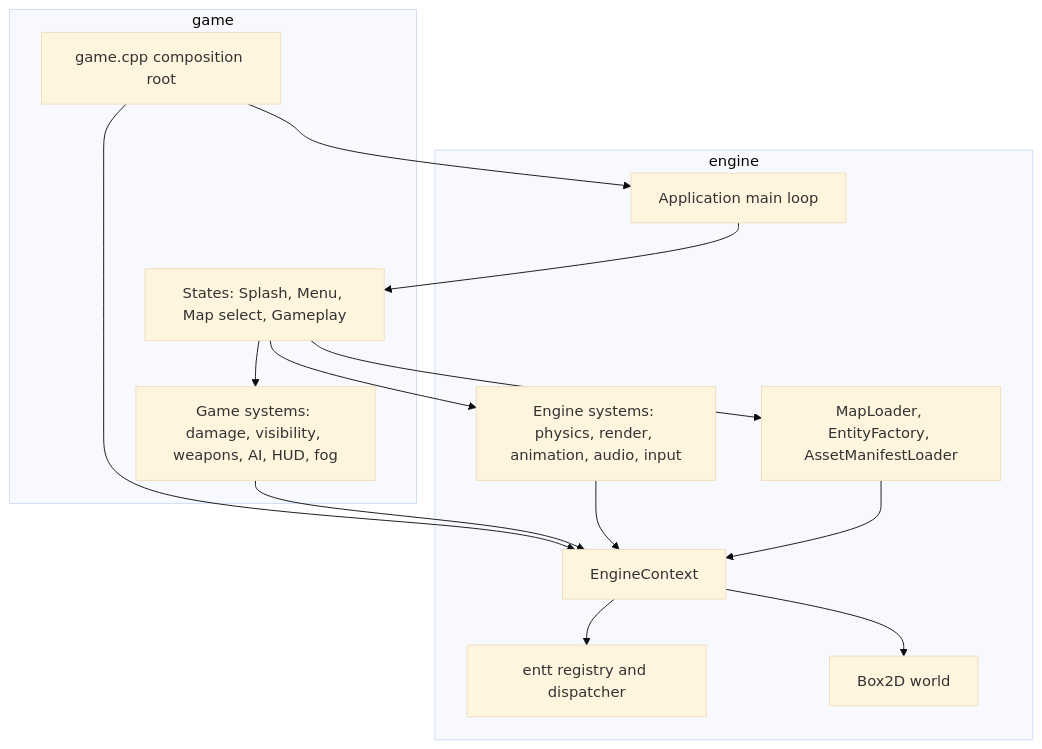
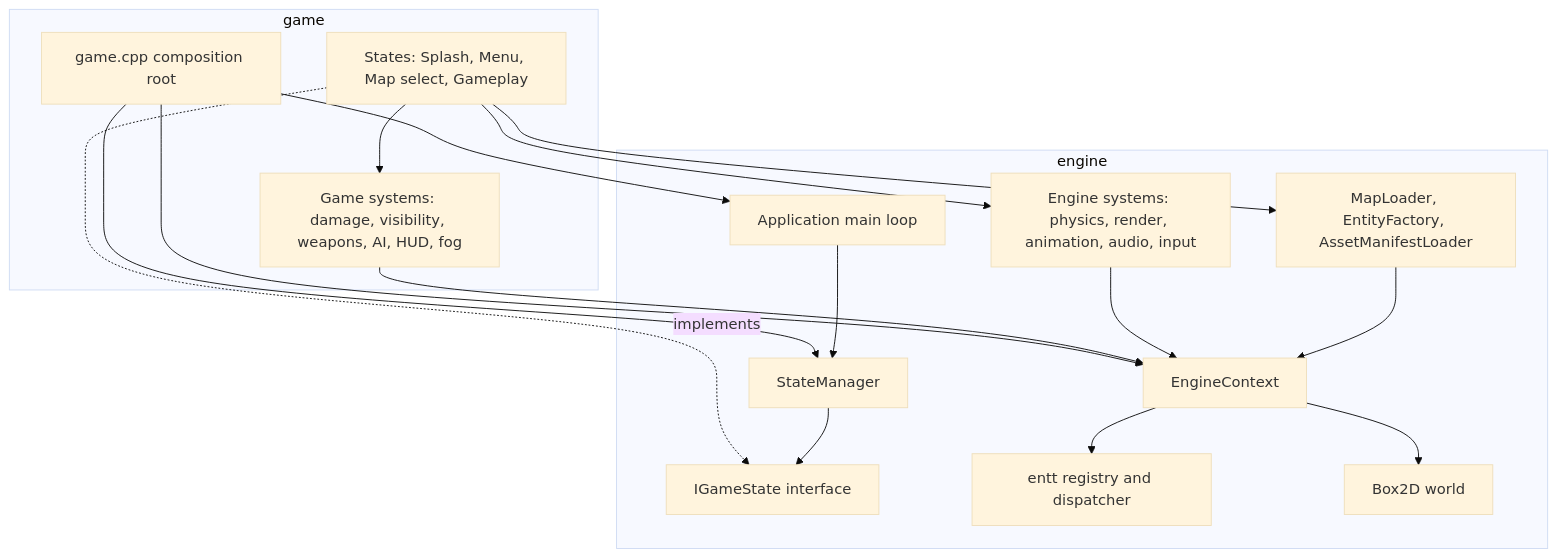
The second of 2 diagrams in docs/ARCHITECTURE.md (R-Scibor/Bajabongo-Engine), drawn with Mermaid (base theme) before and after one commit. The commit also changed other lines of this file, not shown here.

Commit message:
docs(architecture): align dependency graph with README (game depends on engine)

````diff
--- a/docs/ARCHITECTURE.md
+++ b/docs/ARCHITECTURE.md
@@ -52,27 +52,32 @@
 ```mermaid
 flowchart TB
     subgraph gameLayer [game]
         root["game.cpp composition root"]
         states["States: Splash, Menu, Map select, Gameplay"]
         gameSys["Game systems: damage, visibility, weapons, AI, HUD, fog"]
     end
     subgraph engineLayer [engine]
         app["Application main loop"]
+        sm["StateManager"]
+        istate["IGameState interface"]
         ctx["EngineContext"]
         engSys["Engine systems: physics, render, animation, audio, input"]
         ecs["entt registry and dispatcher"]
         world["Box2D world"]
         assets["MapLoader, EntityFactory, AssetManifestLoader"]
     end
+    root --> app
+    root --> sm
     root --> ctx
-    root --> app
-    app --> states
+    states -. implements .-> istate
     states --> gameSys
     states --> engSys
     states --> assets
     gameSys --> ctx
+    app --> sm
+    sm --> istate
     engSys --> ctx
     assets --> ctx
     ctx --> ecs
     ctx --> world
 ```
````
